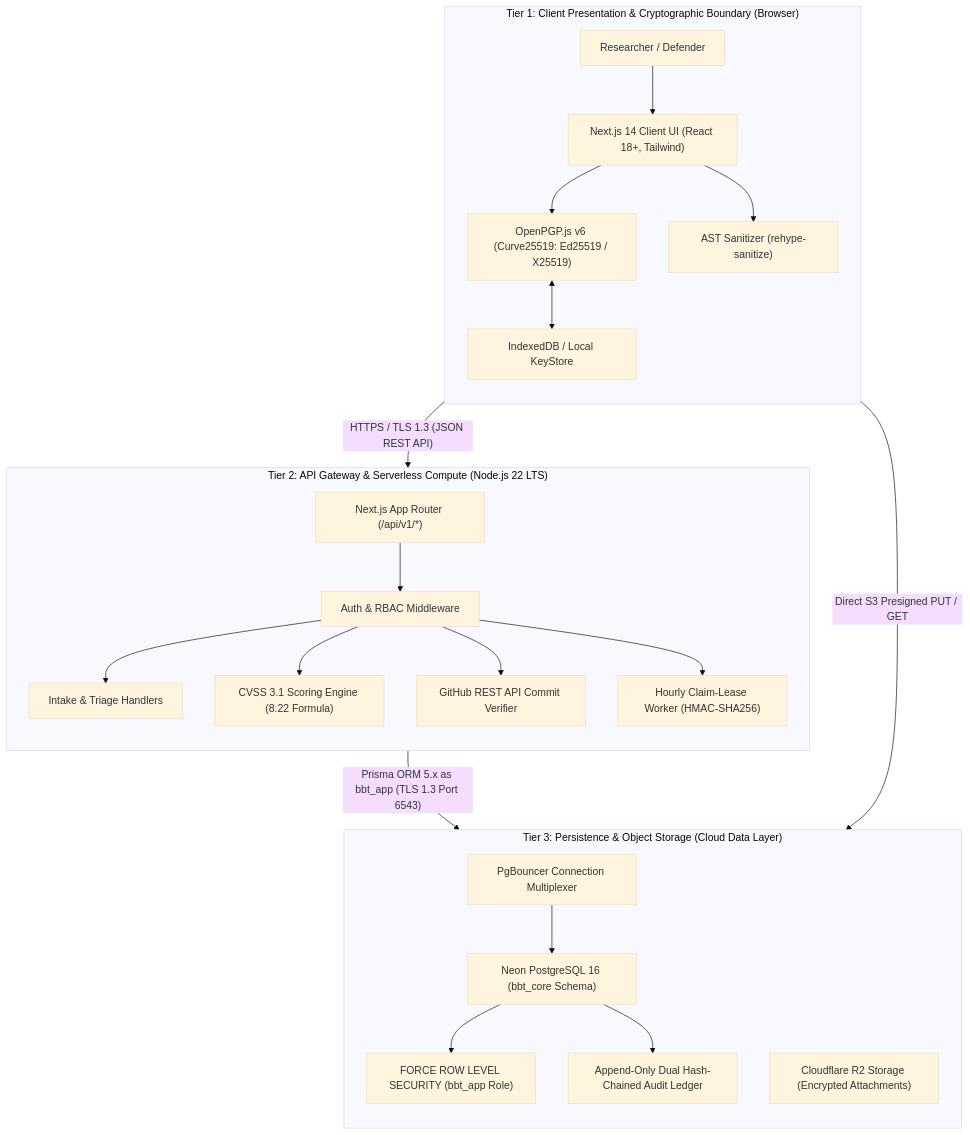
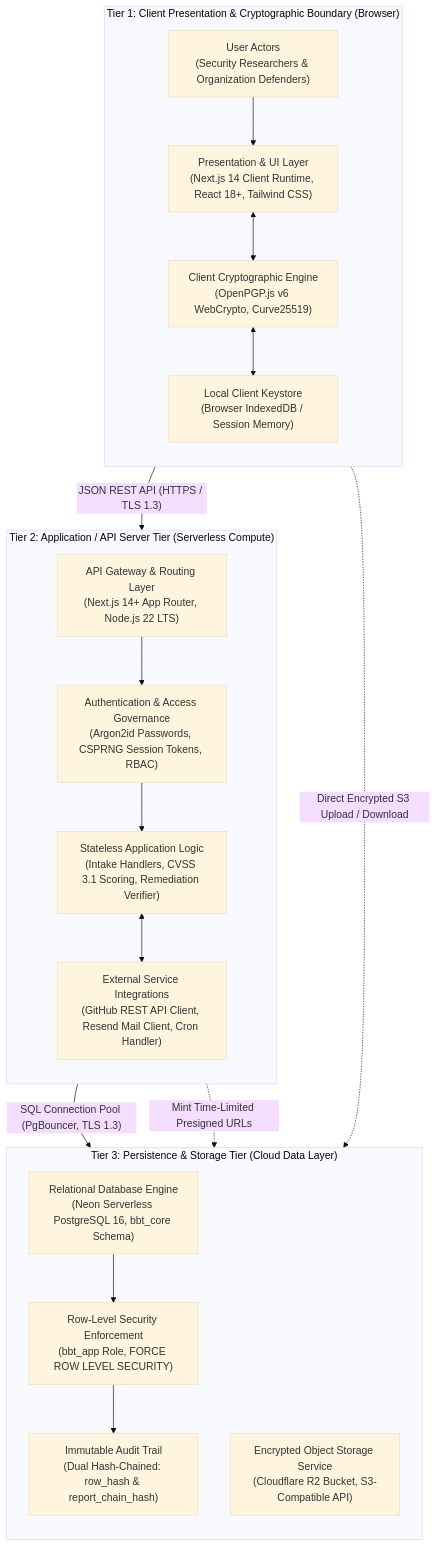
One commit to Taha-Asad/BugBountyTracker changed the first of 3 diagrams in tasks/week-03-high-level-architecture-cloud-topology.md. Above: the diagram before and after it, drawn with Mermaid (base theme). The commit also changed other lines of this file and 14 other files, not shown here.

Commit message:
docs(arch): finalize Week 3 architecture with balanced DFDs, restored SRS performance targets, and honest budget estimates

````diff
--- a/tasks/week-03-high-level-architecture-cloud-topology.md
+++ b/tasks/week-03-high-level-architecture-cloud-topology.md
@@ -42,31 +45,43 @@
 ```mermaid
 flowchart TB
     subgraph TIER1["Tier 1: Client Presentation & Cryptographic Boundary (Browser)"]
         direction TB
-        ACT["Researcher / Defender"] --> UI["Next.js 14 Client UI (React 18+, Tailwind)"]
-        UI --> CRYPTO["OpenPGP.js v6 (Curve25519: Ed25519 / X25519)"]
-        UI --> SAN["AST Sanitizer (rehype-sanitize)"]
-        CRYPTO <--> KEYSTORE["IndexedDB / Local KeyStore"]
+        ACTORS["User Actors<br/>(Security Researchers & Organization Defenders)"]
+        CLIENT_UI["Presentation & UI Layer<br/>(Next.js 14 Client Runtime, React 18+, Tailwind CSS)"]
+        CLIENT_CRYPTO["Client Cryptographic Engine<br/>(OpenPGP.js v6 WebCrypto, Curve25519)"]
+        CLIENT_STORE["Local Client Keystore<br/>(Browser IndexedDB / Session Memory)"]
+        
+        ACTORS --> CLIENT_UI
+        CLIENT_UI <--> CLIENT_CRYPTO
+        CLIENT_CRYPTO <--> CLIENT_STORE
     end
 
-    subgraph TIER2["Tier 2: API Gateway & Serverless Compute (Node.js 22 LTS)"]
+    subgraph TIER2["Tier 2: Application / API Server Tier (Serverless Compute)"]
         direction TB
-        ROUTER["Next.js App Router (/api/v1/*)"] --> AUTH["Auth & RBAC Middleware"]
-        AUTH --> INTAKE["Intake & Triage Handlers"]
-        AUTH --> CVSS["CVSS 3.1 Scoring Engine (8.22 Formula)"]
-        AUTH --> GITHUB["GitHub REST API Commit Verifier"]
-        AUTH --> CRON["Hourly Claim-Lease Worker (HMAC-SHA256)"]
+        API_GATEWAY["API Gateway & Routing Layer<br/>(Next.js 14+ App Router, Node.js 22 LTS)"]
+        AUTH_MODULE["Authentication & Access Governance<br/>(Argon2id Passwords, CSPRNG Session Tokens, RBAC)"]
+        CORE_SERVICES["Stateless Application Logic<br/>(Intake Handlers, CVSS 3.1 Scoring, Remediation Verifier)"]
+        EXTERNAL_ADAPTERS["External Service Integrations<br/>(GitHub REST API Client, Resend Mail Client, Cron Handler)"]
+        
+        API_GATEWAY --> AUTH_MODULE
+        AUTH_MODULE --> CORE_SERVICES
+        CORE_SERVICES <--> EXTERNAL_ADAPTERS
     end
 
-    subgraph TIER3["Tier 3: Persistence & Object Storage (Cloud Data Layer)"]
+    subgraph TIER3["Tier 3: Persistence & Storage Tier (Cloud Data Layer)"]
         direction TB
-        PGBOUNCER["PgBouncer Connection Multiplexer"] --> NEON["Neon PostgreSQL 16 (bbt_core Schema)"]
-        NEON --> RLS["FORCE ROW LEVEL SECURITY (bbt_app Role)"]
-        NEON --> AUDIT["Append-Only Dual Hash-Chained Audit Ledger"]
-        R2["Cloudflare R2 Storage (Encrypted Attachments)"]
+        RELATIONAL_DB["Relational Database Engine<br/>(Neon Serverless PostgreSQL 16, bbt_core Schema)"]
+        RLS_POLICIES["Row-Level Security Enforcement<br/>(bbt_app Role, FORCE ROW LEVEL SECURITY)"]
+        AUDIT_STORE["Immutable Audit Trail<br/>(Dual Hash-Chained: row_hash & report_chain_hash)"]
+        OBJECT_STORE["Encrypted Object Storage Service<br/>(Cloudflare R2 Bucket, S3-Compatible API)"]
+        
+        RELATIONAL_DB --> RLS_POLICIES
+        RLS_POLICIES --> AUDIT_STORE
     end
 
-    UI -- "HTTPS / TLS 1.3 (JSON REST API)" --> ROUTER
-    CRYPTO -- "Direct S3 Presigned PUT / GET" --> R2
-    INTAKE -- "Prisma ORM 5.x as bbt_app (TLS 1.3 Port 6543)" --> PGBOUNCER
+    %% High-Level Tier-to-Tier Interconnects
+    CLIENT_UI -- "JSON REST API (HTTPS / TLS 1.3)" --> API_GATEWAY
+    CORE_SERVICES -- "SQL Connection Pool (PgBouncer, TLS 1.3)" --> RELATIONAL_DB
+    CORE_SERVICES -. "Mint Time-Limited Presigned URLs" .-> OBJECT_STORE
+    CLIENT_CRYPTO -. "Direct Encrypted S3 Upload / Download" .-> OBJECT_STORE
 ```
````
